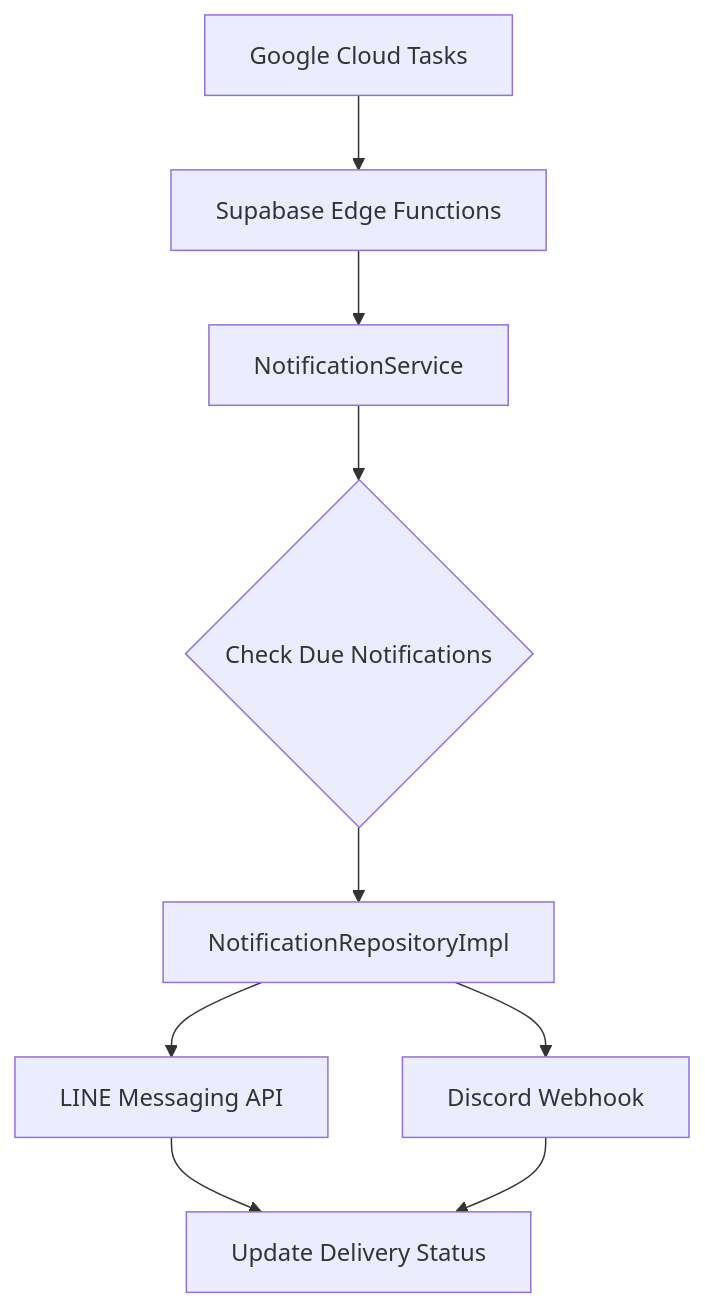
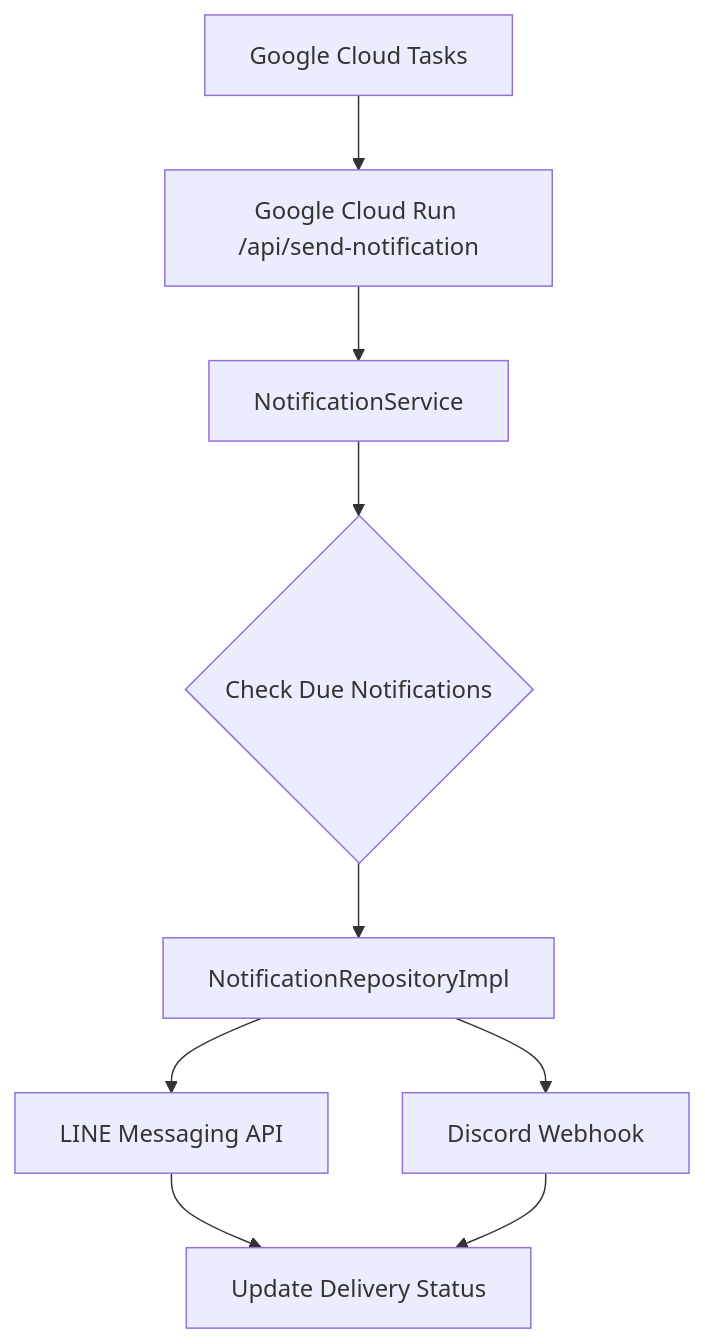
The second of 2 diagrams in docs/system-architecture.md (kazuya-m/urawa-support-hub), drawn with Mermaid before and after one commit. The commit also changed other lines of this file and 5 other files, not shown here.

Commit message:
update cloud run integrated architecture

````diff
--- a/docs/system-architecture.md
+++ b/docs/system-architecture.md
@@ -213,11 +208,11 @@
 ```mermaid
 graph TD
-    A[Google Cloud Tasks] --> B[Supabase Edge Functions]
+    A[Google Cloud Tasks] --> B[Google Cloud Run /api/send-notification]
     B --> C[NotificationService]
     C --> D{Check Due Notifications}
     D --> E[NotificationRepositoryImpl]
     E --> F[LINE Messaging API]
     E --> G[Discord Webhook]
     F --> H[Update Delivery Status]
     G --> H
 ```
````
